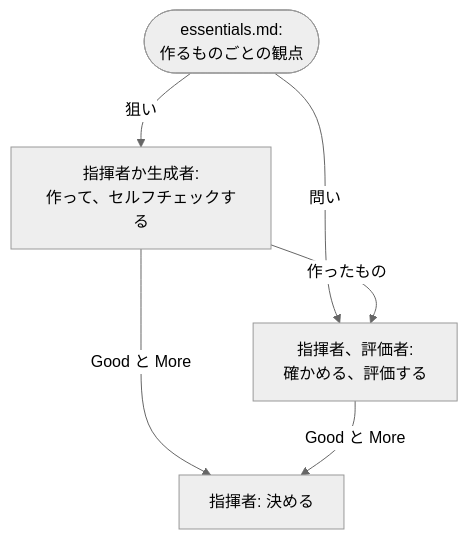
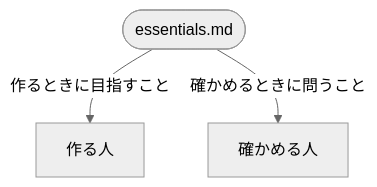
The first of 5 diagrams in rn/docs/design.md (lovaizu/ccpm), drawn with Mermaid (neutral theme) before and after one commit. The commit also changed other lines of this file, not shown here.

Commit message:
docs(rn): design.md — the essentials diagram shows one thing: the same file is what the maker aims at and what the checker asks

````diff
--- a/rn/docs/design.md
+++ b/rn/docs/design.md
@@ -13,12 +13,8 @@
 ```mermaid
 flowchart TD
-    E(["essentials.md:<br/>作るものごとの観点"])
-    M["指揮者か生成者:<br/>作って、セルフチェックする"]
-    V["指揮者、評価者:<br/>確かめる、評価する"]
-    C["指揮者: 決める"]
-    E -->|"狙い"| M
-    E -->|"問い"| V
-    M -->|"作ったもの"| V
-    M -->|"Good と More"| C
-    V -->|"Good と More"| C
+    E(["essentials.md"])
+    M["作る人"]
+    V["確かめる人"]
+    E -->|"作るときに目指すこと"| M
+    E -->|"確かめるときに問うこと"| V
 ```
````
